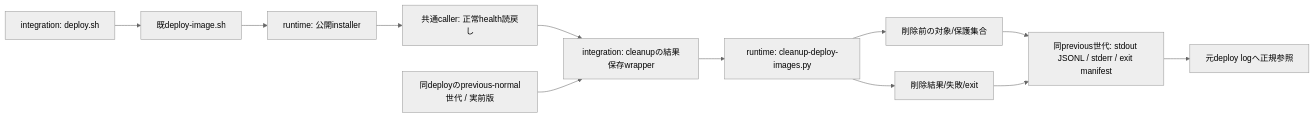
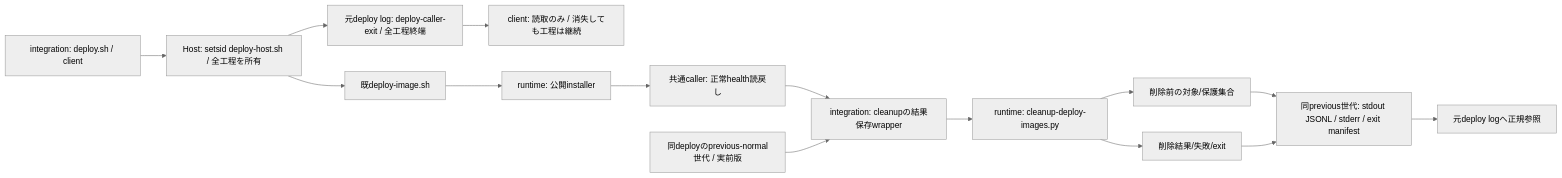
The diagram in docs/architecture/modules/integration/deploy-cleanup.md (kitepon/BellTeam), drawn with Mermaid (neutral theme) before and after one commit. The commit also changed other lines of this file and 8 other files, not shown here.

Commit message:
Keep deploy health and cleanup alive across client replacement

````diff
--- a/docs/architecture/modules/integration/deploy-cleanup.md
+++ b/docs/architecture/modules/integration/deploy-cleanup.md
@@ -5,14 +5,17 @@
 ```mermaid
 flowchart LR
-  Entry["integration: deploy.sh"] --> Adapter["既deploy-image.sh"]
+  Entry["integration: deploy.sh / client"] --> Worker["Host: setsid deploy-host.sh / 全工程を所有"]
+  Worker --> Adapter["既deploy-image.sh"]
+  Worker --> Terminal["元deploy log: deploy-caller-exit / 全工程終端"]
+  Terminal --> Reader["client: 読取のみ / 消失しても工程は継続"]
   Adapter --> Installer["runtime: 公開installer"]
   Installer --> Health["共通caller: 正常health読戻し"]
   Health --> Capture["integration: cleanupの結果保存wrapper"]
   Previous["同deployのprevious-normal世代 / 実前版"] --> Capture
   Capture --> Helper["runtime: cleanup-deploy-images.py"]
   Helper --> Plan["削除前の対象/保護集合"]
   Helper --> Result["削除結果/失敗/exit"]
   Plan --> Saved["同previous世代: stdout JSONL / stderr / exit manifest"]
   Result --> Saved
   Saved --> Ref["元deploy logへ正規参照"]
 ```
````
